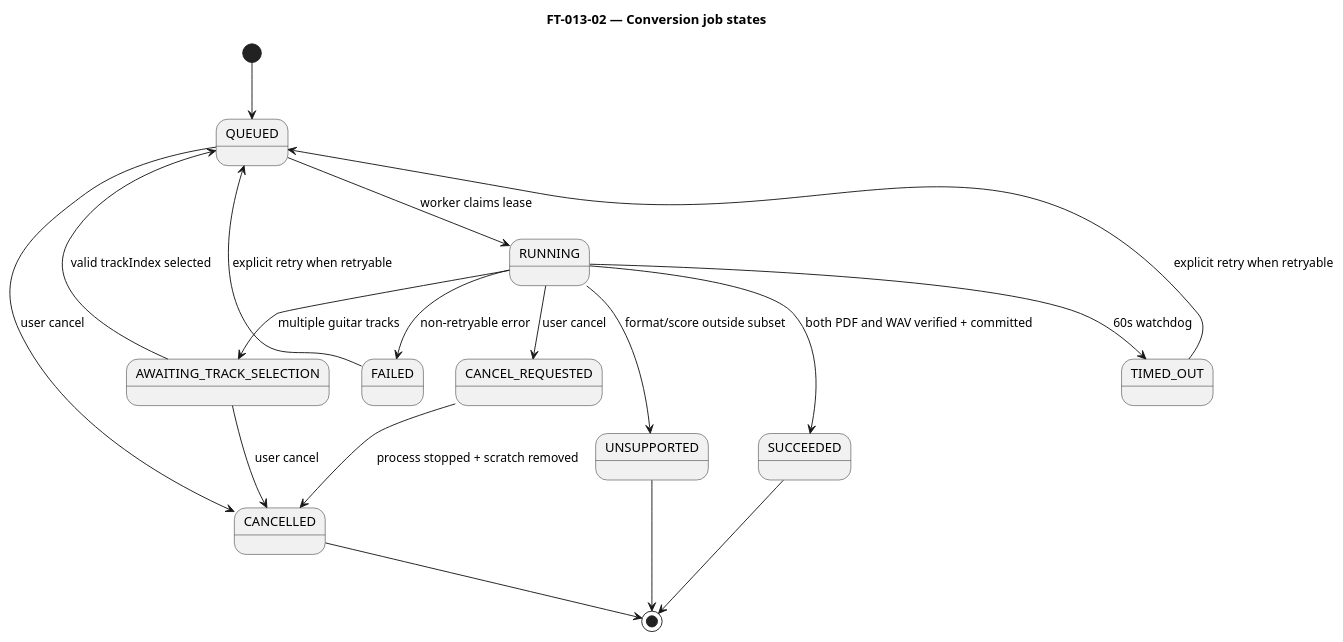
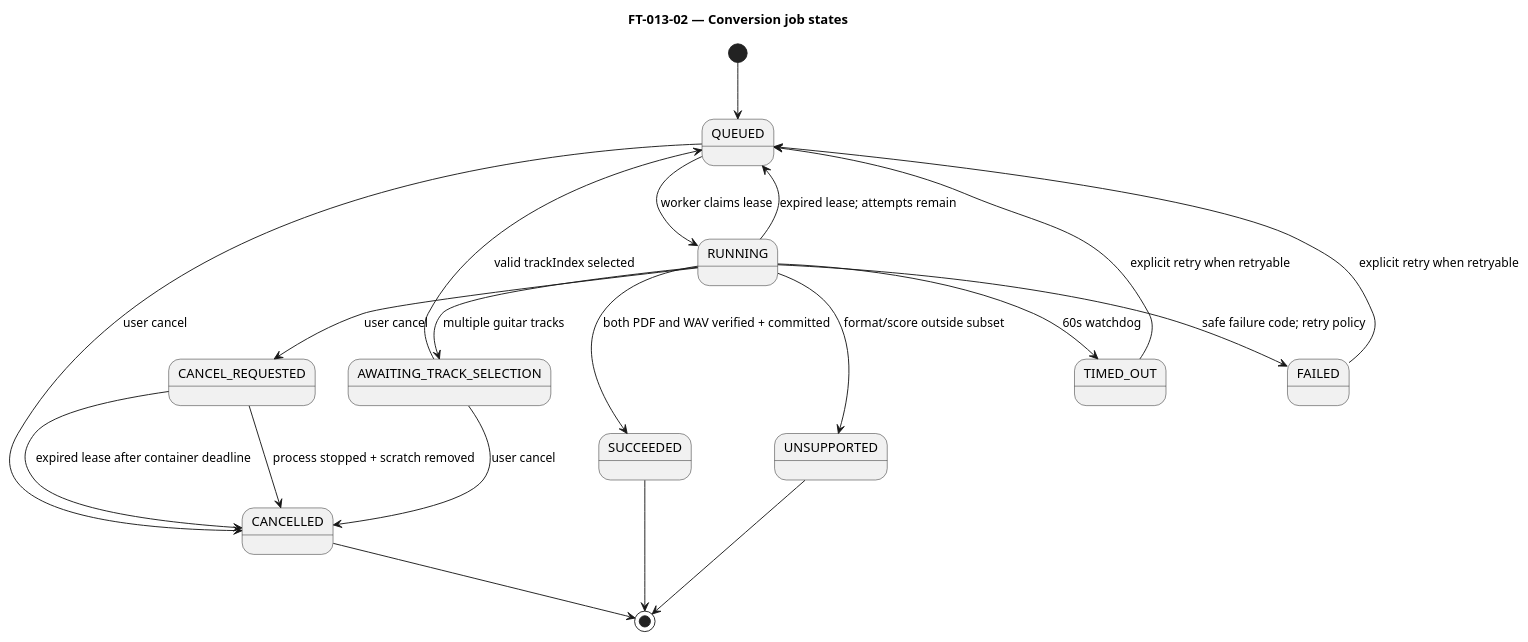
The diagram in docs/diagrams/conversion-job-states.puml (roafo1989/guitar-mentor-ai), drawn with PlantUML before and after one commit. The commit also changed 25 other files, not shown here.

```diff
--- a/docs/diagrams/conversion-job-states.puml
+++ b/docs/diagrams/conversion-job-states.puml
@@ -1,21 +1,23 @@
 @startuml
 title FT-013-02 — Conversion job states
 
 [*] --> QUEUED
 QUEUED --> RUNNING : worker claims lease
 RUNNING --> AWAITING_TRACK_SELECTION : multiple guitar tracks
 AWAITING_TRACK_SELECTION --> QUEUED : valid trackIndex selected
 RUNNING --> SUCCEEDED : both PDF and WAV verified + committed
 RUNNING --> UNSUPPORTED : format/score outside subset
-RUNNING --> FAILED : non-retryable error
+RUNNING --> FAILED : safe failure code; retry policy
 RUNNING --> TIMED_OUT : 60s watchdog
 RUNNING --> CANCEL_REQUESTED : user cancel
 CANCEL_REQUESTED --> CANCELLED : process stopped + scratch removed
 QUEUED --> CANCELLED : user cancel
 AWAITING_TRACK_SELECTION --> CANCELLED : user cancel
 FAILED --> QUEUED : explicit retry when retryable
 TIMED_OUT --> QUEUED : explicit retry when retryable
+RUNNING --> QUEUED : expired lease; attempts remain
+CANCEL_REQUESTED --> CANCELLED : expired lease after container deadline
 SUCCEEDED --> [*]
 UNSUPPORTED --> [*]
 CANCELLED --> [*]
 @enduml
```
